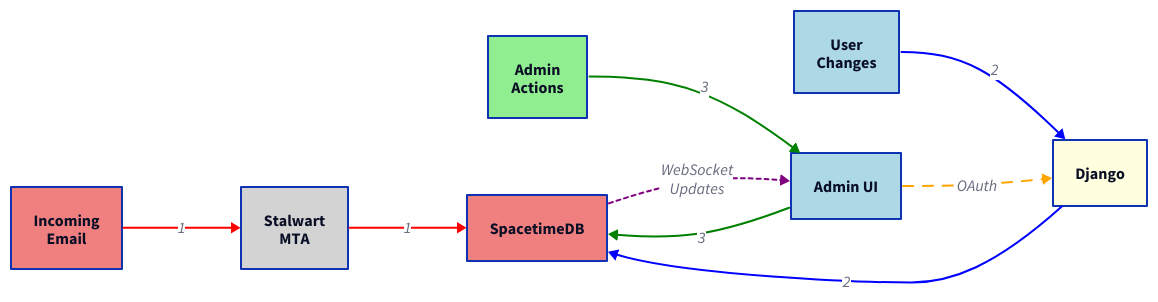
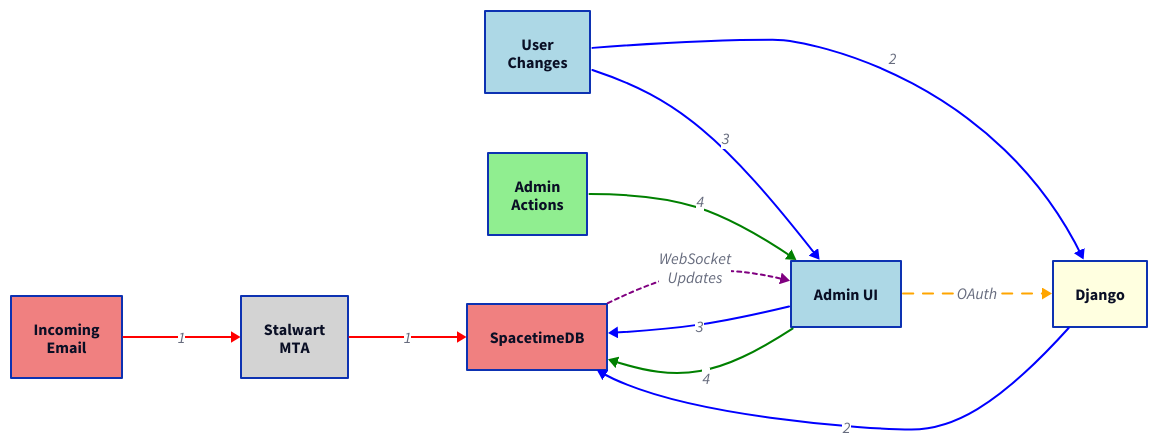
One commit to enaut/kommunikationszentrum changed the diagram in docs/src/core/architecture-data-flow.d2. Above: the diagram before and after it, drawn with D2. The commit also changed 4 other files, not shown here.

Commit message:
improve introduction and architecture overview.

```diff
--- a/docs/src/core/architecture-data-flow.d2
+++ b/docs/src/core/architecture-data-flow.d2
@@ -1,15 +1,16 @@
 direction: right
 incoming_email: "Incoming\nEmail" { style.fill: lightcoral }
 user_changes: "User\nChanges" { style.fill: lightblue }
 admin_actions: "Admin\nActions" { style.fill: lightgreen }
 
 stalwart_mta: "Stalwart\nMTA" { style.fill: lightgray }
 spacetimedb: "SpacetimeDB" { style.fill: lightcoral }
 admin_ui: "Admin UI" { style.fill: lightblue }
 django: "Django" { style.fill: lightyellow }
 
 incoming_email -> stalwart_mta -> spacetimedb: "1" { style.stroke: red }
 user_changes -> django -> spacetimedb: "2" { style.stroke: blue }
-admin_actions -> admin_ui -> spacetimedb: "3" { style.stroke: green }
+user_changes -> admin_ui -> spacetimedb: "3" { style.stroke: blue}
+admin_actions -> admin_ui -> spacetimedb: "4" { style.stroke: green }
 admin_ui -> django: "OAuth" { style.stroke: orange; style.stroke-dash: 5 }
 spacetimedb -> admin_ui: "WebSocket\nUpdates" { style.stroke: purple; style.stroke-dash: 2 }
```
